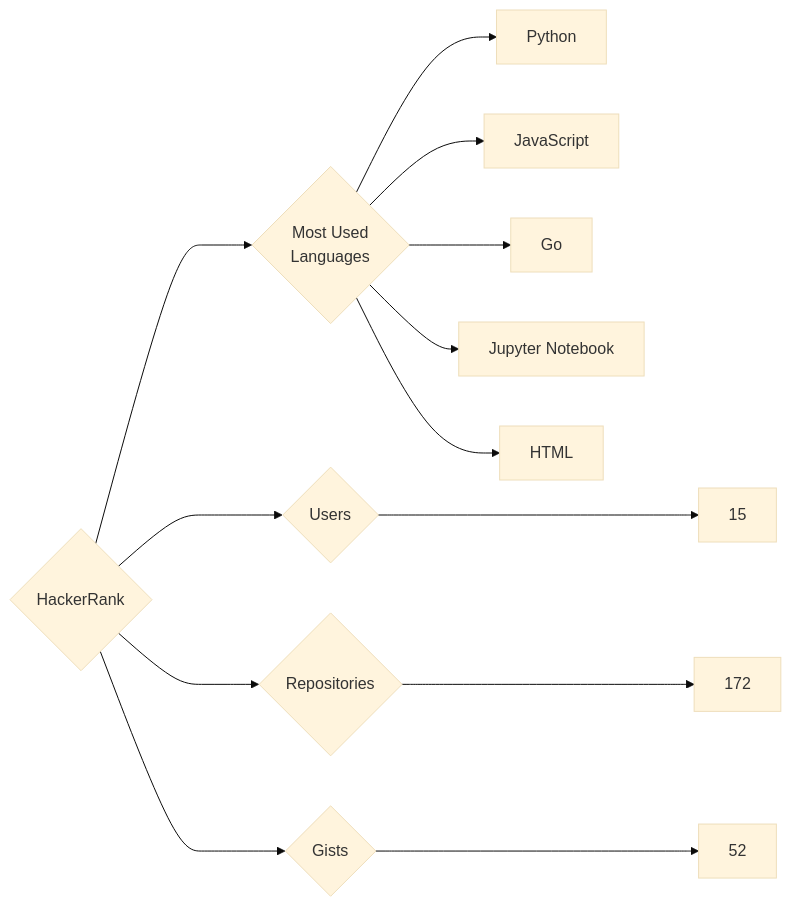
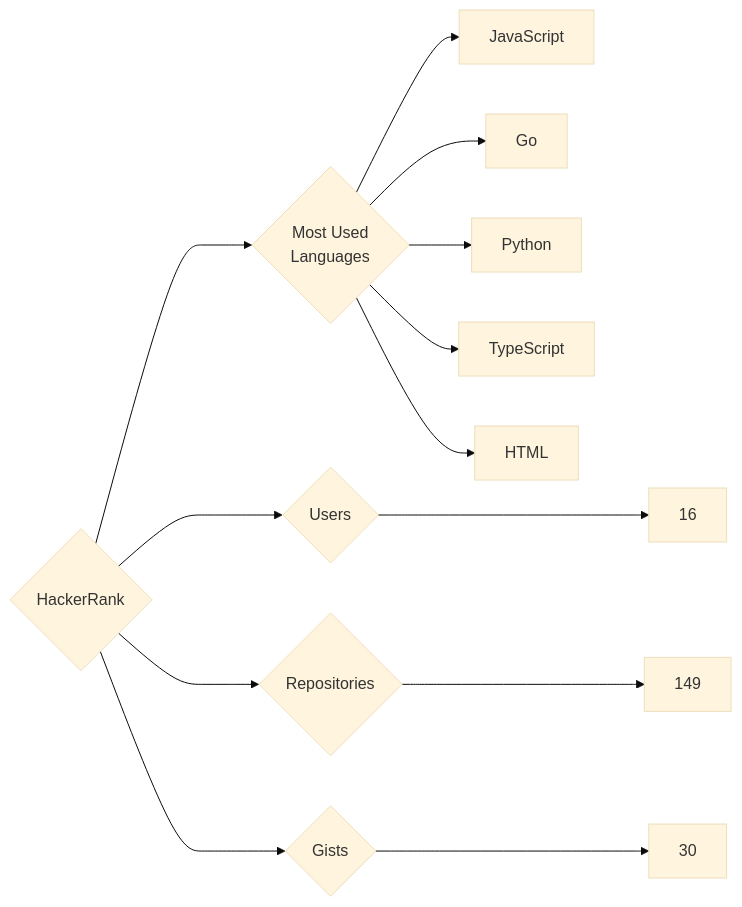
One commit to trickest/insiders changed the diagram in targets/HackerRank/README.md. Above: the diagram before and after it, drawn with Mermaid (base theme). The commit also changed 1148 other files, not shown here.

````diff
--- a/targets/HackerRank/README.md
+++ b/targets/HackerRank/README.md
@@ -3,13 +3,13 @@
 ```mermaid
 graph LR
 COMPANY_NAME{HackerRank}
-COMPANY_NAME ---> U{Users} ---> UN[15]
-COMPANY_NAME ---> R{Repositories} ---> RN[172]
-COMPANY_NAME ---> G{Gists} ---> GN[52]
+COMPANY_NAME ---> U{Users} ---> UN[16]
+COMPANY_NAME ---> R{Repositories} ---> RN[149]
+COMPANY_NAME ---> G{Gists} ---> GN[30]
 COMPANY_NAME ---> ML{Most Used<br>Languages}
-ML --> Python[Python]
 ML --> JavaScript[JavaScript]
 ML --> Go[Go]
-ML --> Jupyter_Notebook[Jupyter Notebook]
+ML --> Python[Python]
+ML --> TypeScript[TypeScript]
 ML --> HTML[HTML]
 ```
````
